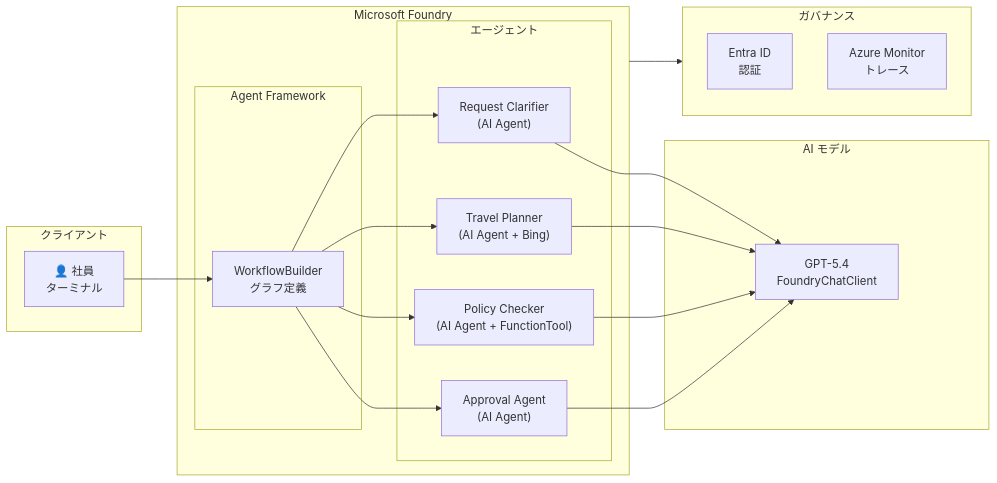
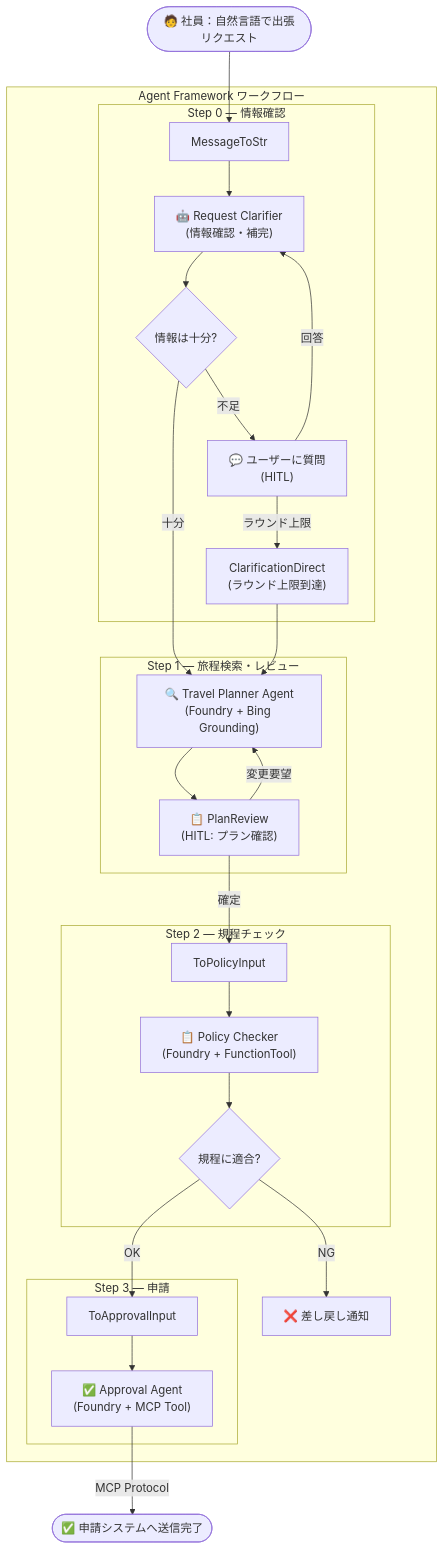
Before and after one commit to teshi22/grobal_azure_demo: the third of 3 diagrams in README.md, drawn with Mermaid. The commit also changed other lines of this file and 39 other files, not shown here.

````diff
--- a/README.md
+++ b/README.md
@@ -277,34 +131,47 @@
 ```mermaid
-flowchart LR
-    subgraph Client["クライアント"]
-        User["👤 社員\nターミナル"]
+flowchart TD
+    Start([🧑 社員：自然言語で出張リクエスト]) --> MsgToStr
+
+    subgraph Workflow["Agent Framework ワークフロー"]
+
+        subgraph ClarifyLoop["Step 0 — 情報確認"]
+            MsgToStr["MessageToStr"]
+            Clarifier["🤖 Request Clarifier\n(情報確認・補完)"]
+            ClarifyQ{情報は十分?}
+            UserInput["💬 ユーザーに質問\n(HITL)"]
+            ClarifyDirect["ClarificationDirect\n(ラウンド上限到達)"]
+        end
+
+        subgraph PlanLoop["Step 1 — 旅程検索・レビュー"]
+            TravelPlanner["🔍 Travel Planner Agent\n(Foundry + Bing Grounding)"]
+            PlanConfirm["📋 PlanReview\n(HITL: プラン確認)"]
+        end
+
+        subgraph PolicyCheck["Step 2 — 規程チェック"]
+            ToPolicyInput["ToPolicyInput"]
+            PolicyChecker["📋 Policy Checker\n(Foundry + FunctionTool)"]
+            Decision{規程に適合?}
+        end
+
+        subgraph Submit["Step 3 — 申請"]
+            ToApproval["ToApprovalInput"]
+            ApprovalAgent["✅ Approval Agent\n(Foundry + MCP Tool)"]
+        end
+
+        Rejection["❌ 差し戻し通知"]
+
+        MsgToStr --> Clarifier
+        Clarifier --> ClarifyQ
+        ClarifyQ -->|十分| TravelPlanner
+        ClarifyQ -->|不足| UserInput -->|回答| Clarifier
+        UserInput -->|ラウンド上限| ClarifyDirect --> TravelPlanner
+        TravelPlanner --> PlanConfirm
+        PlanConfirm -->|変更要望| TravelPlanner
+        PlanConfirm -->|確定| ToPolicyInput
+        ToPolicyInput --> PolicyChecker --> Decision
+        Decision -->|OK| ToApproval --> ApprovalAgent
+        Decision -->|NG| Rejection
     end
 
-    subgraph Foundry["Microsoft Foundry"]
-        subgraph AF["Agent Framework"]
-            WF["WorkflowBuilder\nグラフ定義"]
-        end
-        subgraph Agents["エージェント"]
-            RC["Request Clarifier\n(AI Agent)"]
-            TP["Travel Planner\n(AI Agent + Bing)"]
-            PC["Policy Checker\n(AI Agent + FunctionTool)"]
-            AP["Approval Agent\n(AI Agent)"]
-        end
-    end
-
-    subgraph Model["AI モデル"]
-        GPT["GPT-5.4\nFoundryChatClient"]
-    end
-
-    subgraph Gov["ガバナンス"]
-        Entra["Entra ID\n認証"]
-        Monitor["Azure Monitor\nトレース"]
-    end
-
-    User --> WF
-    WF --> RC --> GPT
-    WF --> TP --> GPT
-    WF --> PC --> GPT
-    WF --> AP --> GPT
-    Foundry --> Gov
+    ApprovalAgent -->|MCP Protocol| Done([✅ 申請システムへ送信完了])
 ```
````
